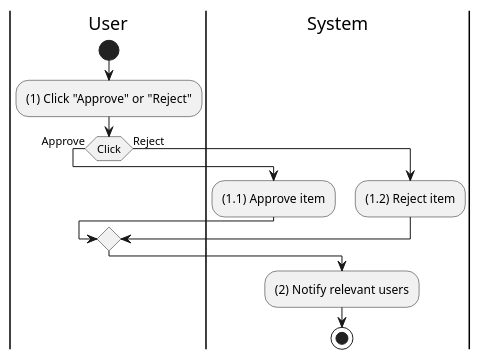
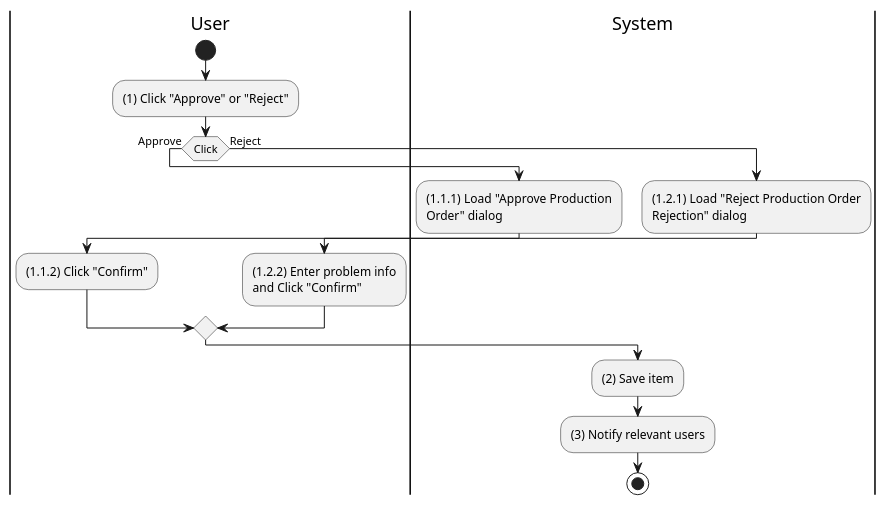
One commit to phihungha/scmss-reqs changed the diagram in activities/production-order-approve.plantuml. Above: the diagram before and after it, drawn with PlantUML. The commit also changed 7 other files, not shown here.

```diff
--- a/activities/production-order-approve.plantuml
+++ b/activities/production-order-approve.plantuml
@@ -1,18 +1,23 @@
 @startuml production-order-approve
 |u|User
 |s|System
 
 |u|
 start
 :(1) Click "Approve" or "Reject";
 if (Click) then (Approve)
     |s|
-    :(1.1) Approve item;
+    :(1.1.1) Load "Approve Production\nOrder" dialog;
+    |u|
+    :(1.1.2) Click "Confirm";
 else (Reject)
     |s|
-    :(1.2) Reject item;
+    :(1.2.1) Load "Reject Production Order\nRejection" dialog;
+    |u|
+    :(1.2.2) Enter problem info\nand Click "Confirm";
 endif
-
-:(2) Notify relevant users;
+|s|
+:(2) Save item;
+:(3) Notify relevant users;
 stop
 @enduml
```
